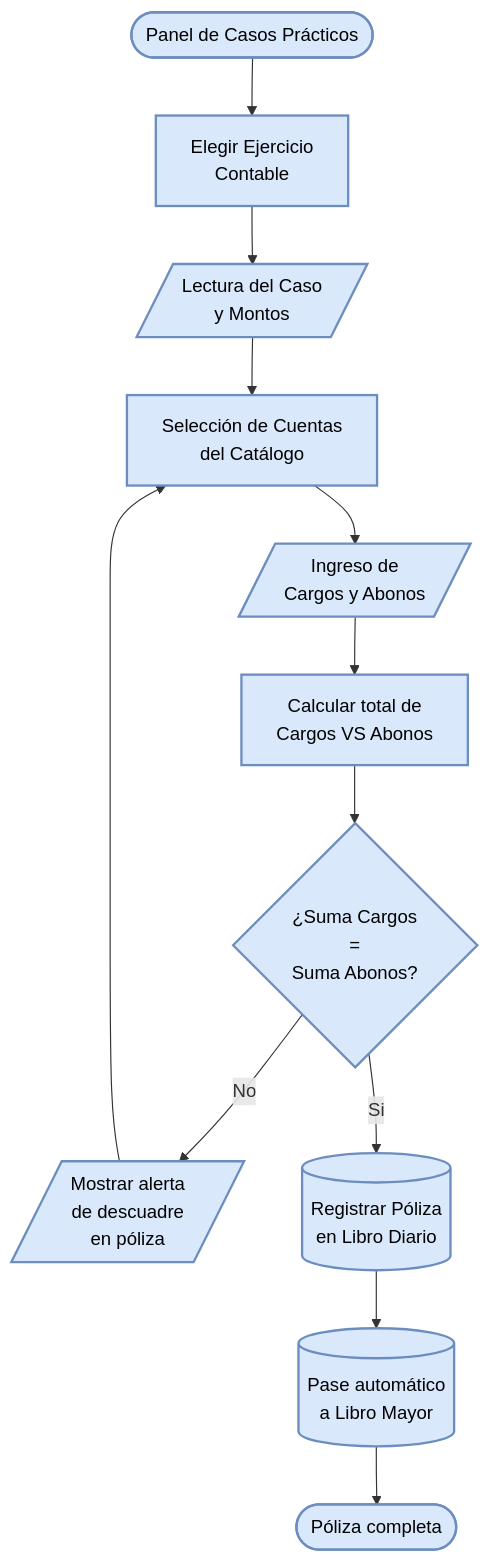
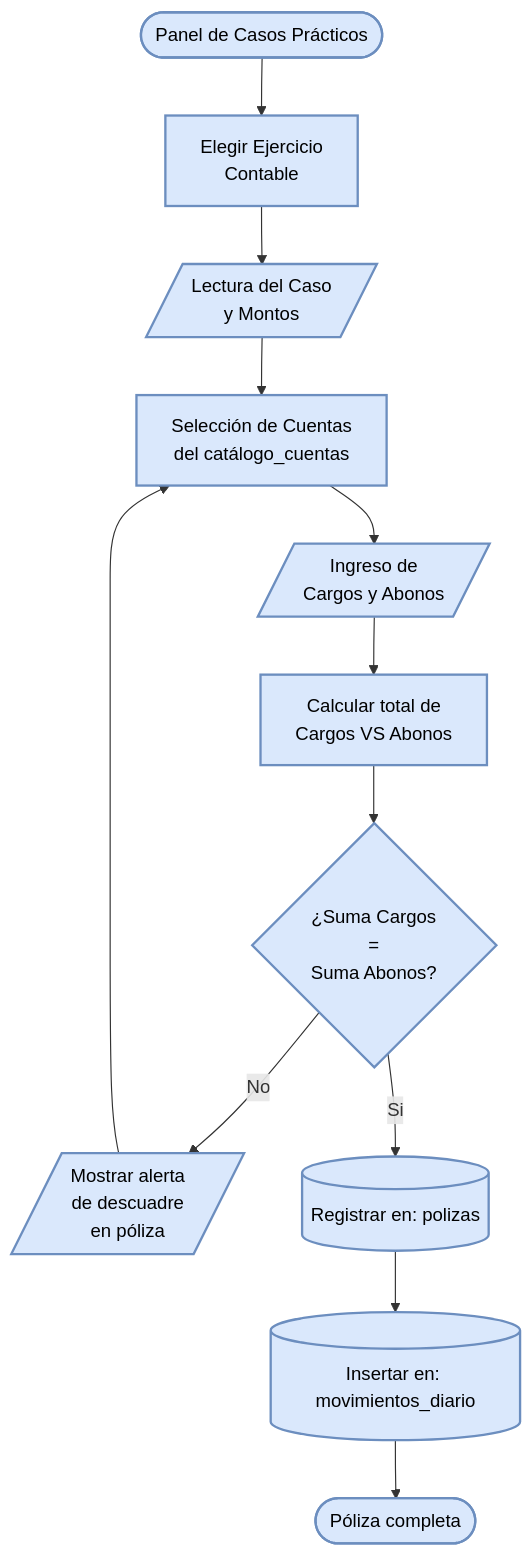
The diagram in docs/dfd_04_practica_contable.md (ManuelZunigaDev/debihaby), drawn with Mermaid before and after one commit. The commit also changed 9 other files, not shown here.

Commit message:
docs: DFD and diagrams, and structure BD V2

````diff
--- a/docs/dfd_04_practica_contable.md
+++ b/docs/dfd_04_practica_contable.md
@@ -5,19 +5,19 @@
 ```mermaid
 flowchart TD
     Inicio([Panel de Casos Prácticos]) --> SeleccionarCaso[Elegir Ejercicio <br> Contable]
     SeleccionarCaso --> LeerProblema[/Lectura del Caso <br> y Montos/]
-    LeerProblema --> SeleccionarCuentas[Selección de Cuentas <br> del Catálogo]
+    LeerProblema --> SeleccionarCuentas[Selección de Cuentas <br> del catálogo_cuentas]
     SeleccionarCuentas --> AsignarMontos[/Ingreso de <br> Cargos y Abonos/]
     AsignarMontos --> ValidarPartida[Calcular total de <br> Cargos VS Abonos]
     ValidarPartida --> Cuadre{¿Suma Cargos <br> = <br> Suma Abonos?}
 
     Cuadre -- No --> ErrorPartida[/Mostrar alerta <br> de descuadre <br> en póliza/]
     ErrorPartida --> SeleccionarCuentas
 
-    Cuadre -- Si --> RegistroExito[(Registrar Póliza <br> en Libro Diario)]
-    RegistroExito --> PaseMayor[(Pase automático <br> a Libro Mayor)]
+    Cuadre -- Si --> RegistroExito[(Registrar en: polizas)]
+    RegistroExito --> PaseMayor[(Insertar en: movimientos_diario)]
     PaseMayor --> Fin([Póliza completa])
 
     %% Estilo general tipo Visio/DIA
     classDef default fill:#dae8fc,stroke:#6c8ebf,stroke-width:2px,color:#000;
 ```
````
